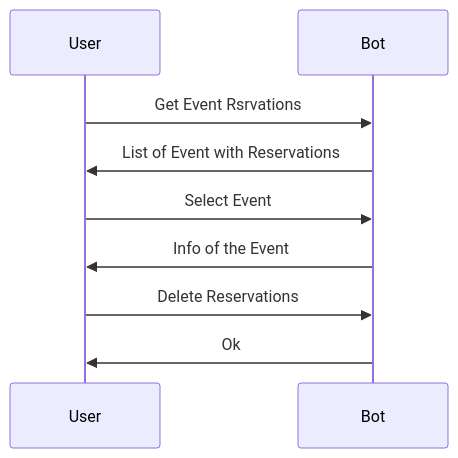
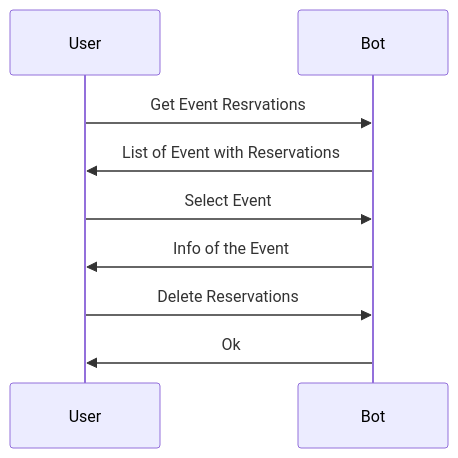
Before and after one commit to Fede1996/GuildBot: the seventh of 7 diagrams in README.md, drawn with Mermaid. The commit also changed other lines of this file, not shown here.

````diff
--- a/README.md
+++ b/README.md
@@ -109,10 +109,10 @@
 ```mermaid
 %% Example of sequence diagram
   sequenceDiagram
-    User->>Bot: Get Event Rsrvations
+    User->>Bot: Get Event Resrvations
     Bot->>User: List of Event with Reservations
     User->>Bot: Select Event
     Bot->>User: Info of the Event
     User->>Bot: Delete Reservations
     Bot->>User: Ok
 ```
````
